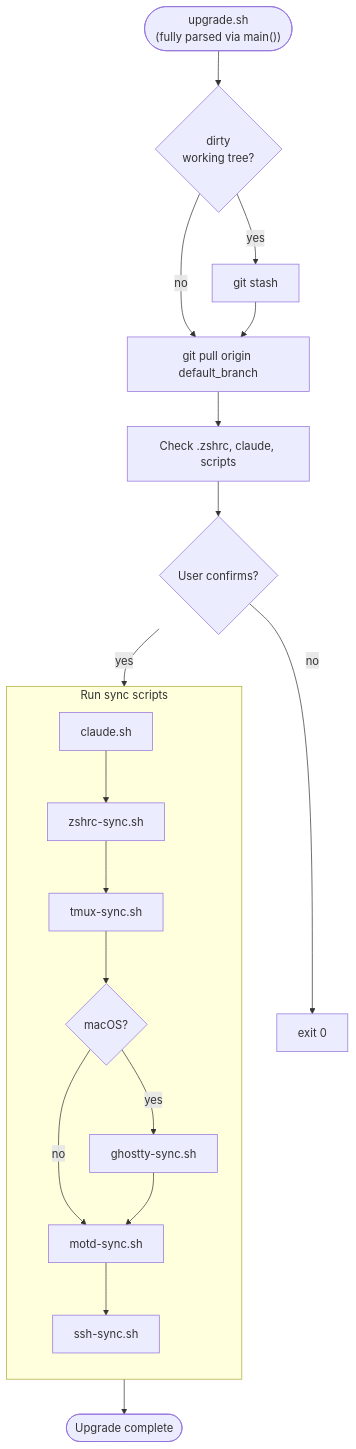
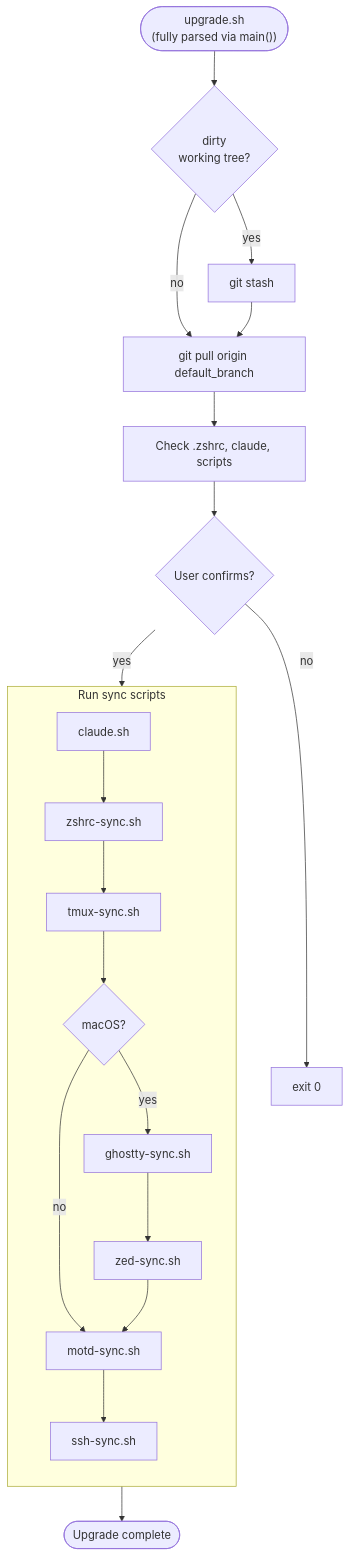
The eighth of 9 diagrams in ARCHITECTURE.md (matdotcx/boblbee), drawn with Mermaid before and after one commit. The commit also changed other lines of this file and 5 other files, not shown here.

````diff
--- a/ARCHITECTURE.md
+++ b/ARCHITECTURE.md
@@ -234,24 +249,25 @@
 ```mermaid
 flowchart TD
     start(["upgrade.sh<br/>(fully parsed via main())"]) --> stash{"dirty<br/>working tree?"}
     stash -->|yes| do_stash["git stash"]
     stash -->|no| pull
     do_stash --> pull["git pull origin default_branch"]
     pull --> check["Check .zshrc, claude, scripts"]
     check --> confirm{"User confirms?"}
     confirm -->|no| cancel["exit 0"]
     confirm -->|yes| run_scripts
 
     subgraph run_scripts["Run sync scripts"]
         direction TB
         r1["claude.sh"] --> r2["zshrc-sync.sh"]
         r2 --> r3["tmux-sync.sh"]
         r3 --> r4{"macOS?"}
         r4 -->|yes| r5["ghostty-sync.sh"]
         r4 -->|no| r6
-        r5 --> r6["motd-sync.sh"]
+        r5 --> r5b["zed-sync.sh"]
+        r5b --> r6["motd-sync.sh"]
         r6 --> r7["ssh-sync.sh"]
     end
 
     run_scripts --> done(["Upgrade complete"])
 ```
````
